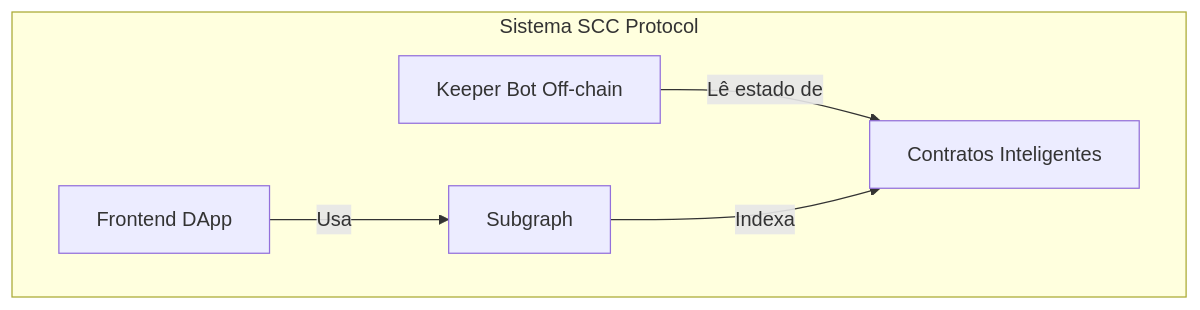
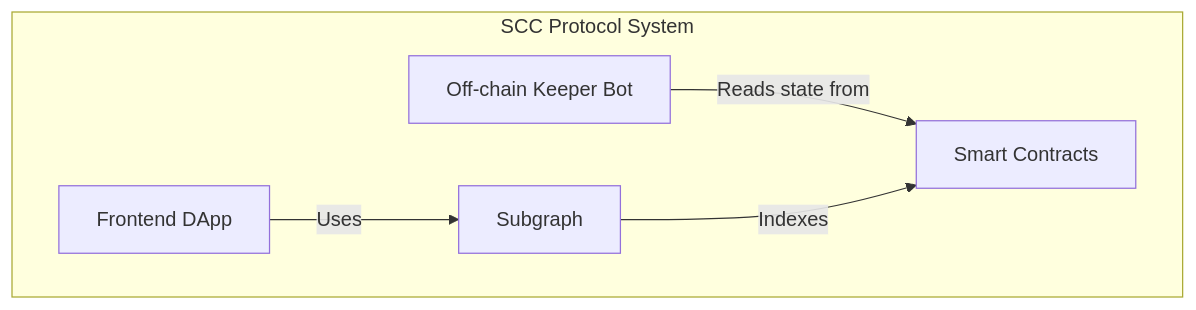
One commit to machadoborges1/scc-protocol changed the second of 3 diagrams in subgraph/docs/C4_MODEL.md. Above: the diagram before and after it, drawn with Mermaid. The commit also changed other lines of this file and 84 other files, not shown here.

````diff
--- a/subgraph/docs/C4_MODEL.md
+++ b/subgraph/docs/C4_MODEL.md
@@ -38,13 +38,13 @@
 ```mermaid
 graph TD
-    subgraph SCC["Sistema SCC Protocol"]
-        A[Contratos Inteligentes]
+    subgraph SCC["SCC Protocol System"]
+        A[Smart Contracts]
         B[Subgraph]
-        C[Keeper Bot Off-chain]
+        C[Off-chain Keeper Bot]
         D[Frontend DApp]
     end
 
-    D -- "Usa" --> B
-    C -- "Lê estado de" --> A
-    B -- "Indexa" --> A
+    D -- "Uses" --> B
+    C -- "Reads state from" --> A
+    B -- "Indexes" --> A
 ```
````
